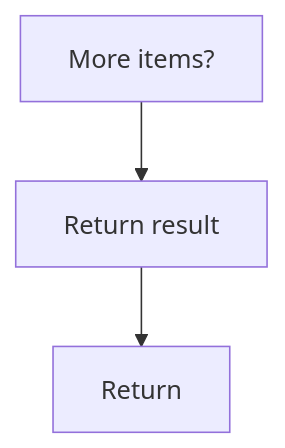
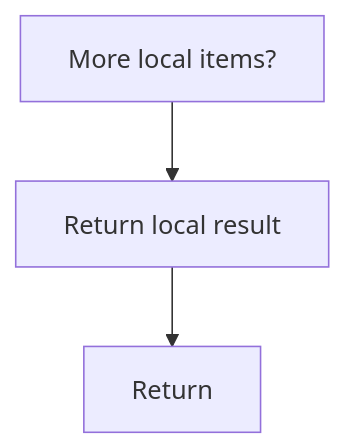
One commit to JohnAndrewBalbarosa/NeoTerritory changed the second of 2 diagrams in docs/Codebase/Infrastructure/session-orchestration/bootstrap_and_deploy/functions/get_dockerpath.ps1.md. Above: the diagram before and after it, drawn with Mermaid. The commit also changed other lines of this file and 925 other files, not shown here.

````diff
--- a/docs/Codebase/Infrastructure/session-orchestration/bootstrap_and_deploy/functions/get_dockerpath.ps1.md
+++ b/docs/Codebase/Infrastructure/session-orchestration/bootstrap_and_deploy/functions/get_dockerpath.ps1.md
@@ -48,8 +48,8 @@
 ```mermaid
 flowchart TD
-    N0["More items?"]
-    N1["Return result"]
+    N0["More local items?"]
+    N1["Return local result"]
     N2["Return"]
     N0 --> N1
     N1 --> N2
 ```
````
